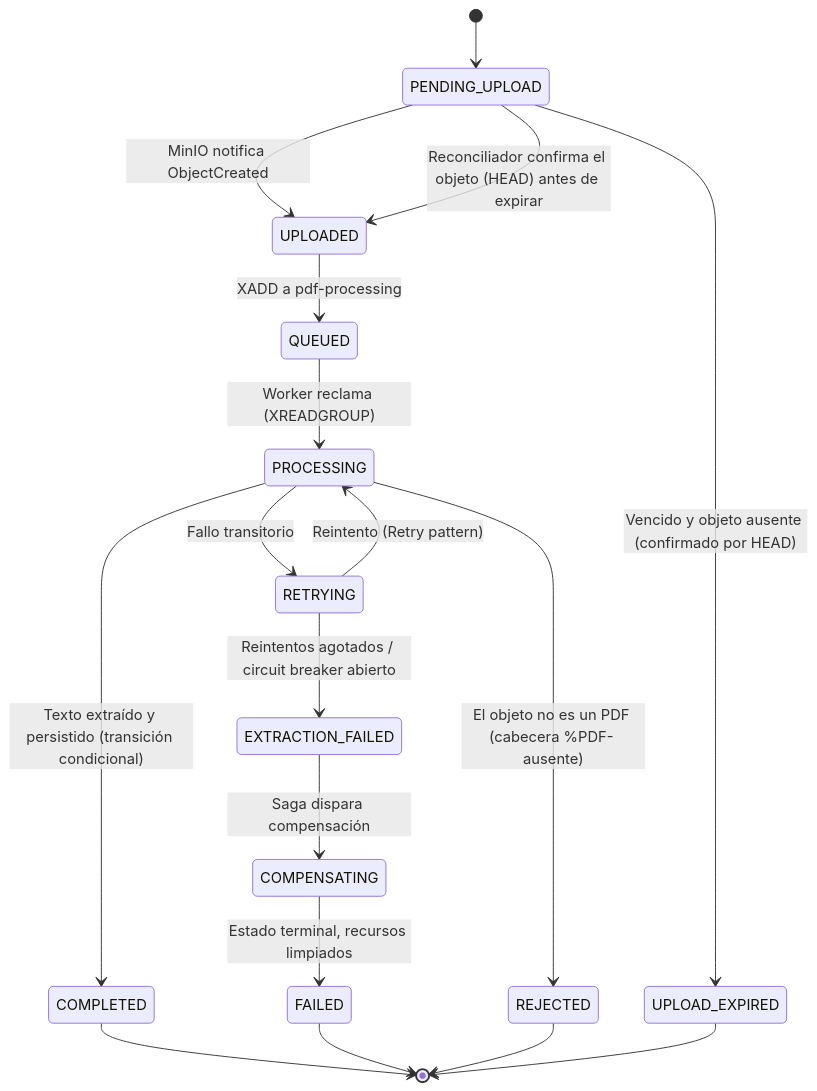
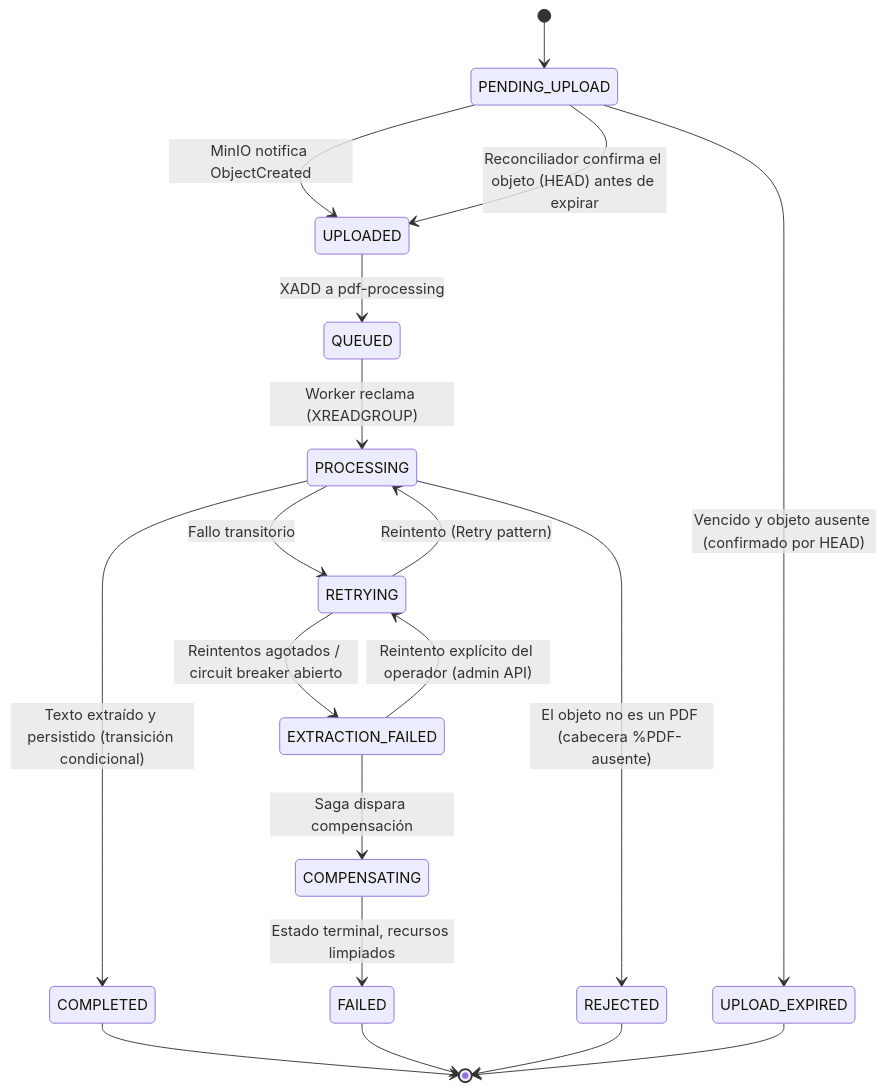
Before and after one commit to Alejo-Basile/doc-service: the second of 3 diagrams in docs/SPEC.md, drawn with Mermaid. The commit also changed other lines of this file and 5 other files, not shown here.

````diff
--- a/docs/SPEC.md
+++ b/docs/SPEC.md
@@ -158,20 +158,21 @@
 ```mermaid
 stateDiagram-v2
     [*] --> PENDING_UPLOAD
     PENDING_UPLOAD --> UPLOADED: MinIO notifica ObjectCreated
     PENDING_UPLOAD --> UPLOADED: Reconciliador confirma el objeto (HEAD) antes de expirar
     PENDING_UPLOAD --> UPLOAD_EXPIRED: Vencido y objeto ausente (confirmado por HEAD)
     UPLOADED --> QUEUED: XADD a pdf-processing
     QUEUED --> PROCESSING: Worker reclama (XREADGROUP)
     PROCESSING --> COMPLETED: Texto extraído y persistido (transición condicional)
     PROCESSING --> REJECTED: El objeto no es un PDF (cabecera %PDF- ausente)
     PROCESSING --> RETRYING: Fallo transitorio
     RETRYING --> PROCESSING: Reintento (Retry pattern)
     RETRYING --> EXTRACTION_FAILED: Reintentos agotados / circuit breaker abierto
+    EXTRACTION_FAILED --> RETRYING: Reintento explícito del operador (admin API)
     EXTRACTION_FAILED --> COMPENSATING: Saga dispara compensación
     COMPENSATING --> FAILED: Estado terminal, recursos limpiados
     COMPLETED --> [*]
     FAILED --> [*]
     REJECTED --> [*]
     UPLOAD_EXPIRED --> [*]
 ```
````
